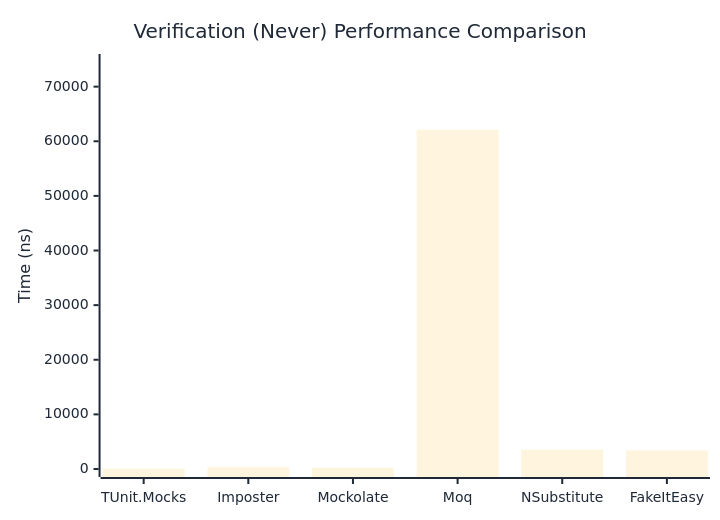
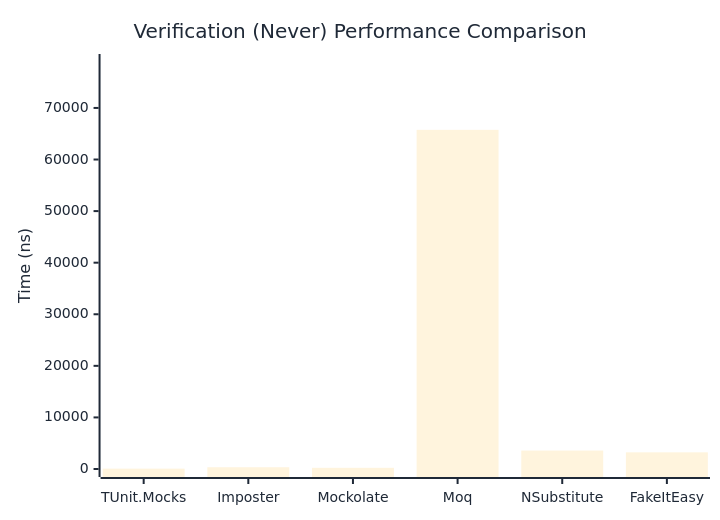
One commit to thomhurst/TUnit changed the second of 3 diagrams in docs/docs/benchmarks/mocks/Verification.md. Above: the diagram before and after it, drawn with Mermaid. The commit also changed other lines of this file and 14 other files, not shown here.

````diff
--- a/docs/docs/benchmarks/mocks/Verification.md
+++ b/docs/docs/benchmarks/mocks/Verification.md
@@ -69,27 +69,27 @@
 ```mermaid
 %%{init: {
   'theme':'base',
   'themeVariables': {
     'primaryColor': '#2563eb',
     'primaryTextColor': '#1f2937',
     'primaryBorderColor': '#1e40af',
     'lineColor': '#6b7280',
     'secondaryColor': '#7c3aed',
     'tertiaryColor': '#dc2626',
     'background': '#ffffff',
     'pie1': '#2563eb',
     'pie2': '#7c3aed',
     'pie3': '#dc2626',
     'pie4': '#f59e0b',
     'pie5': '#10b981',
     'pie6': '#06b6d4',
     'pie7': '#ec4899',
     'pie8': '#6366f1'
   }
 }}%%
 xychart-beta
   title "Verification (Never) Performance Comparison"
   x-axis ["TUnit.Mocks", "Imposter", "Mockolate", "Moq", "NSubstitute", "FakeItEasy"]
-  y-axis "Time (ns)" 0 --> 74512
-  bar [70.84, 340.38, 238.11, 62092.73, 3532.46, 3390.19]
+  y-axis "Time (ns)" 0 --> 78906
+  bar [68.4, 342.32, 230.98, 65754.24, 3571.9, 3229.37]
 ```
````
